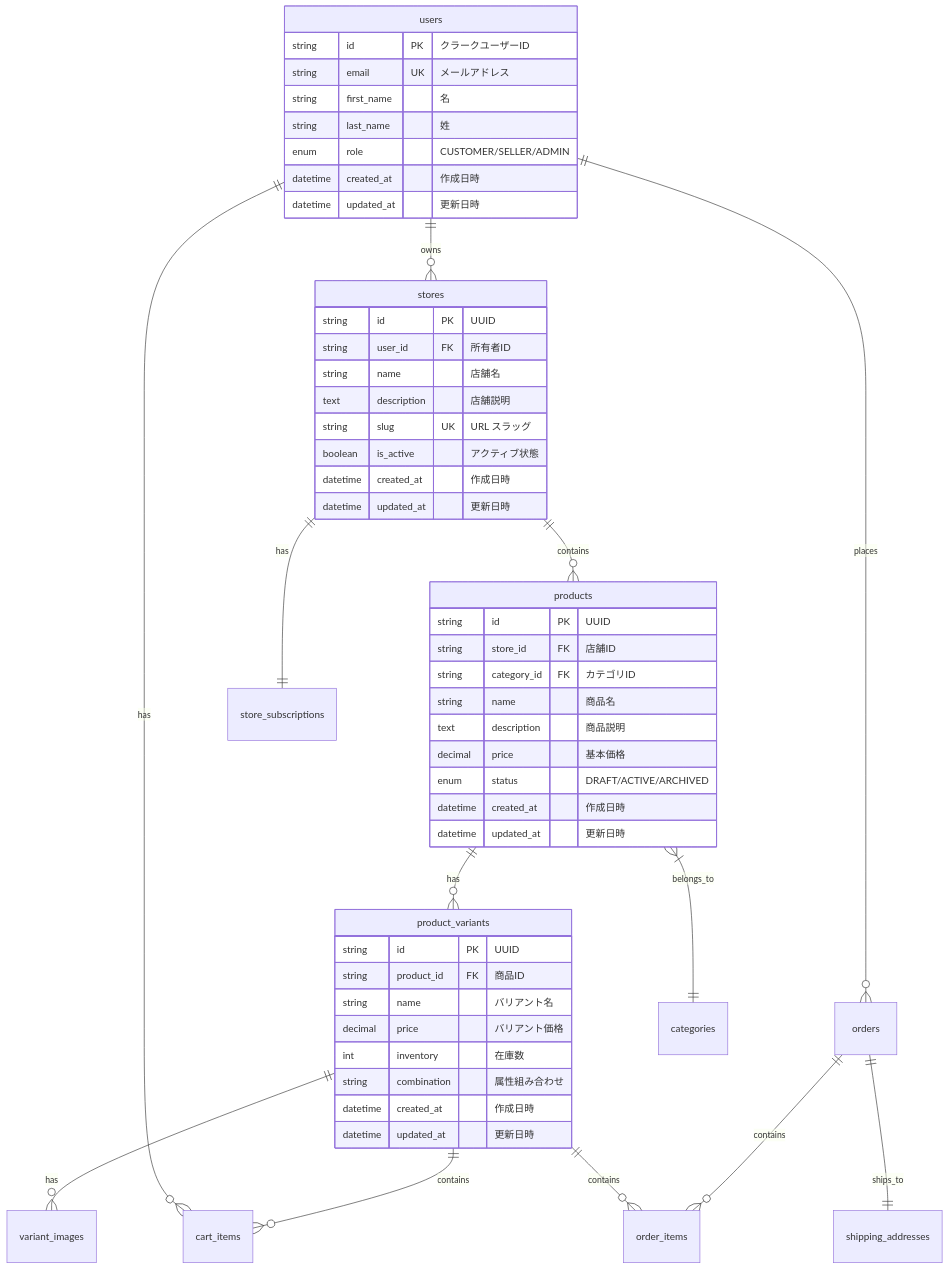
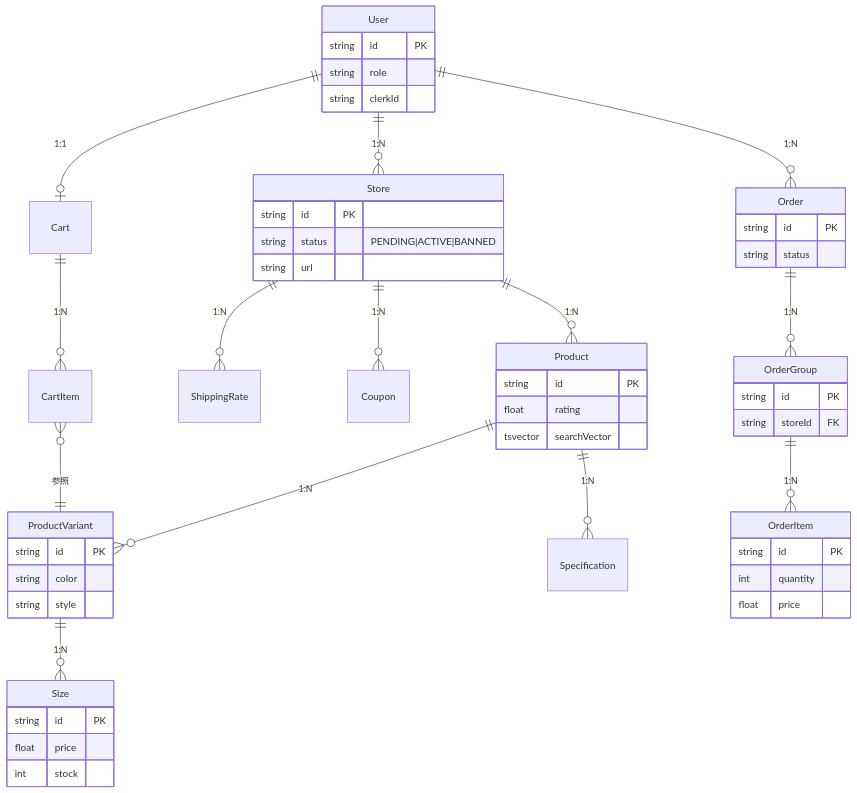
The seventh of 9 diagrams in README.md (myoshi2891/Multi-Vendor-E-Commerce), drawn with Mermaid before and after one commit. The commit also changed other lines of this file, not shown here.

````diff
--- a/README.md
+++ b/README.md
@@ -599,63 +398,60 @@
 ```mermaid
 erDiagram
-    users ||--o{ stores : owns
-    users ||--o{ orders : places
-    users ||--o{ cart_items : has
+    User ||--o{ Store : "1:N"
+    User ||--o| Cart : "1:1"
+    User ||--o{ Order : "1:N"
 
-    stores ||--o{ products : contains
-    stores ||--|| store_subscriptions : has
+    Store ||--o{ Product : "1:N"
+    Store ||--o{ ShippingRate : "1:N"
+    Store ||--o{ Coupon : "1:N"
 
-    products ||--o{ product_variants : has
-    products }|--|| categories : belongs_to
+    Product ||--o{ ProductVariant : "1:N"
+    Product ||--o{ Specification : "1:N"
 
-    product_variants ||--o{ variant_images : has
-    product_variants ||--o{ cart_items : contains
-    product_variants ||--o{ order_items : contains
+    ProductVariant ||--o{ Size : "1:N"
 
-    orders ||--o{ order_items : contains
-    orders ||--|| shipping_addresses : ships_to
+    Cart ||--o{ CartItem : "1:N"
+    CartItem }o--|| ProductVariant : "参照"
 
-    users {
-        string id PK "クラークユーザーID"
-        string email UK "メールアドレス"
-        string first_name "名"
-        string last_name "姓"
-        enum role "CUSTOMER/SELLER/ADMIN"
-        datetime created_at "作成日時"
-        datetime updated_at "更新日時"
+    Order ||--o{ OrderGroup : "1:N"
+    OrderGroup ||--o{ OrderItem : "1:N"
+
+    User {
+        string id PK
+        string role
+        string clerkId
     }
-
-    stores {
-        string id PK "UUID"
-        string user_id FK "所有者ID"
-        string name "店舗名"
-        text description "店舗説明"
-        string slug UK "URL スラッグ"
-        boolean is_active "アクティブ状態"
-        datetime created_at "作成日時"
-        datetime updated_at "更新日時"
+    Store {
+        string id PK
+        string status "PENDING|ACTIVE|BANNED"
+        string url
     }
-
-    products {
-        string id PK "UUID"
-        string store_id FK "店舗ID"
-        string category_id FK "カテゴリID"
-        string name "商品名"
-        text description "商品説明"
-        decimal price "基本価格"
-        enum status "DRAFT/ACTIVE/ARCHIVED"
-        datetime created_at "作成日時"
-        datetime updated_at "更新日時"
+    Product {
+        string id PK
+        float rating
+        tsvector searchVector
     }
-
-    product_variants {
-        string id PK "UUID"
-        string product_id FK "商品ID"
-        string name "バリアント名"
-        decimal price "バリアント価格"
-        int inventory "在庫数"
-        string combination "属性組み合わせ"
-        datetime created_at "作成日時"
-        datetime updated_at "更新日時"
+    ProductVariant {
+        string id PK
+        string color
+        string style
+    }
+    Size {
+        string id PK
+        float price
+        int stock
+    }
+    Order {
+        string id PK
+        string status
+    }
+    OrderGroup {
+        string id PK
+        string storeId FK
+    }
+    OrderItem {
+        string id PK
+        int quantity
+        float price
     }
 ```
````
